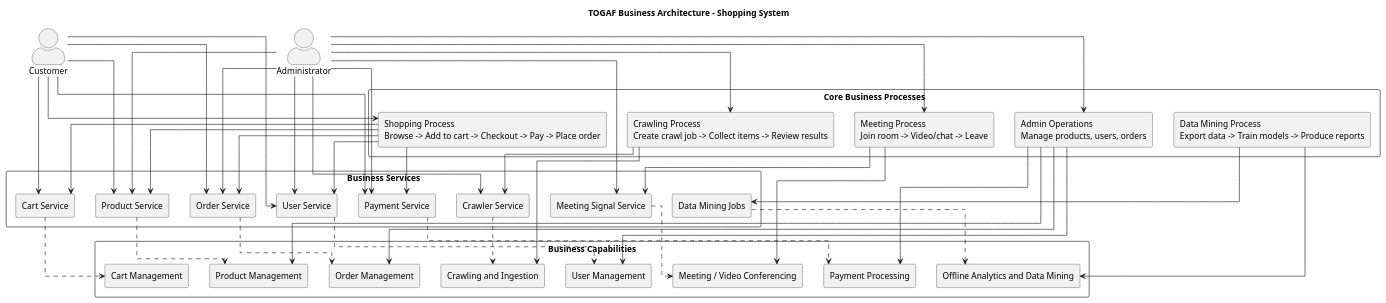
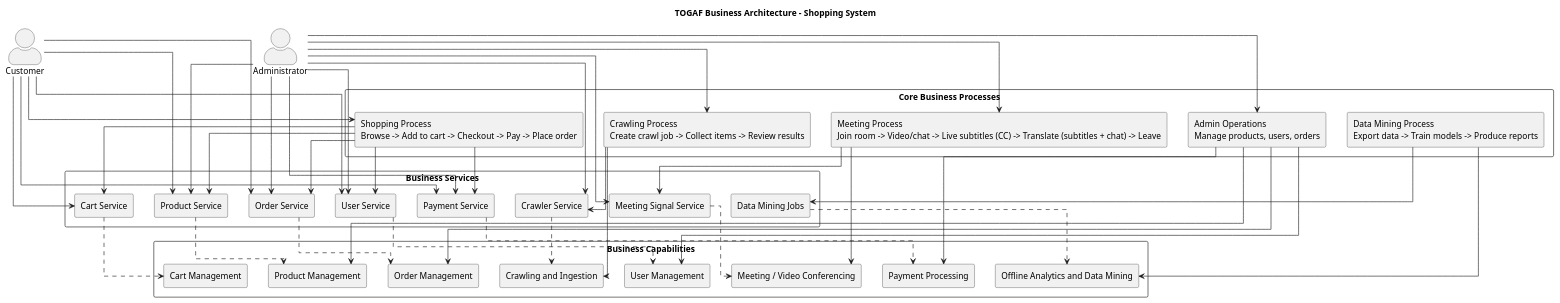
The diagram in docs/architecture/togaf/business-architecture.puml (felixzhu97/shopping-system), drawn with PlantUML before and after one commit. The commit also changed 11 other files, not shown here.

```diff
--- a/docs/architecture/togaf/business-architecture.puml
+++ b/docs/architecture/togaf/business-architecture.puml
@@ -1,88 +1,88 @@
 @startuml
 title TOGAF Business Architecture - Shopping System
 
 skinparam componentStyle rectangle
 skinparam packageStyle rectangle
 skinparam actorStyle awesome
 skinparam linetype ortho
 
 actor "Customer" as customer
 actor "Administrator" as admin
 
 package "Business Capabilities" {
     component [Product Management] as capability_product
     component [Order Management] as capability_order
     component [User Management] as capability_user
     component [Cart Management] as capability_cart
     component [Payment Processing] as capability_payment
     component [Crawling and Ingestion] as capability_crawling
     component [Offline Analytics and Data Mining] as capability_data_mining
     component [Meeting / Video Conferencing] as capability_meeting
 }
 
 package "Core Business Processes" {
     component [Shopping Process\nBrowse -> Add to cart -> Checkout -> Pay -> Place order] as process_shopping
     component [Admin Operations\nManage products, users, orders] as process_admin_ops
     component [Crawling Process\nCreate crawl job -> Collect items -> Review results] as process_crawling
     component [Data Mining Process\nExport data -> Train models -> Produce reports] as process_data_mining
-    component [Meeting Process\nJoin room -> Video/chat -> Leave] as process_meeting
+    component [Meeting Process\nJoin room -> Video/chat -> Live subtitles (CC) -> Translate (subtitles + chat) -> Leave] as process_meeting
 }
 
 package "Business Services" {
     component [Product Service] as service_product
     component [Cart Service] as service_cart
     component [Order Service] as service_order
     component [User Service] as service_user
     component [Payment Service] as service_payment
     component [Crawler Service] as service_crawler
     component [Data Mining Jobs] as service_data_mining
     component [Meeting Signal Service] as service_meeting_signal
 }
 
 customer --> process_shopping
 customer --> service_product
 customer --> service_cart
 customer --> service_order
 customer --> service_user
 customer --> service_payment
 
 admin --> process_admin_ops
 admin --> process_crawling
 admin --> process_meeting
 admin --> service_product
 admin --> service_order
 admin --> service_user
 admin --> service_payment
 admin --> service_crawler
 admin --> service_meeting_signal
 
 process_shopping --> service_product
 process_shopping --> service_cart
 process_shopping --> service_order
 process_shopping --> service_user
 process_shopping --> service_payment
 
 process_admin_ops --> capability_product
 process_admin_ops --> capability_order
 process_admin_ops --> capability_user
 process_admin_ops --> capability_payment
 
 process_crawling --> service_crawler
 process_crawling --> capability_crawling
 
 process_data_mining --> service_data_mining
 process_data_mining --> capability_data_mining
 
 process_meeting --> service_meeting_signal
 process_meeting --> capability_meeting
 
 service_product ..> capability_product
 service_cart ..> capability_cart
 service_order ..> capability_order
 service_user ..> capability_user
 service_payment ..> capability_payment
 service_crawler ..> capability_crawling
 service_data_mining ..> capability_data_mining
 service_meeting_signal ..> capability_meeting
 
 @enduml
```
